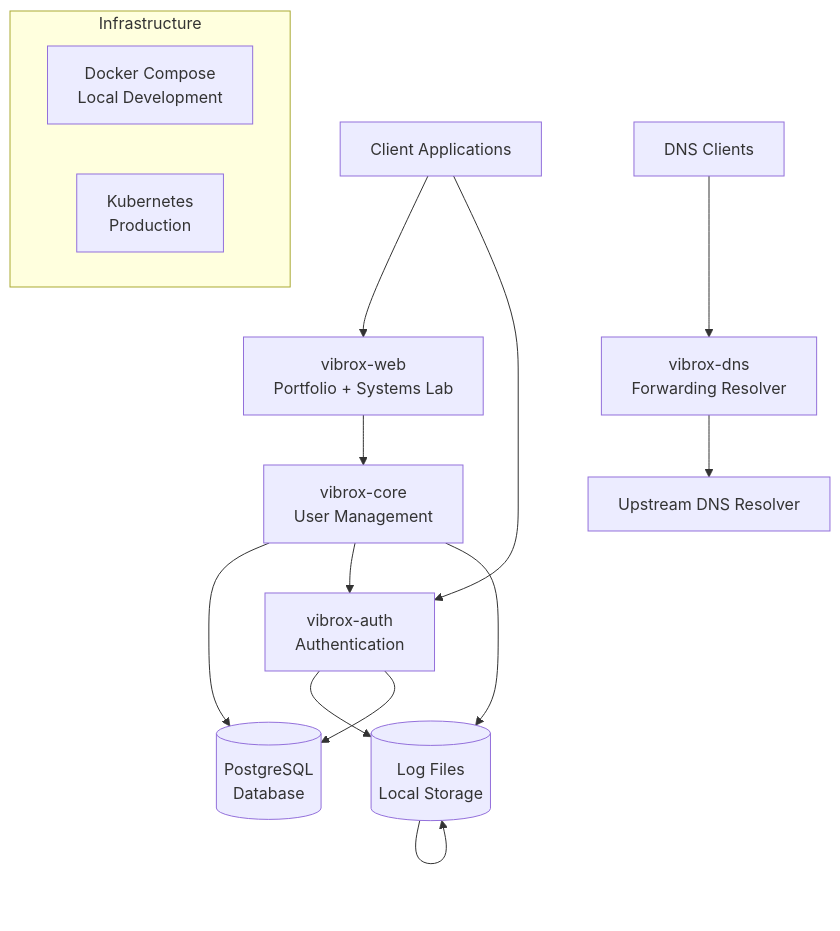
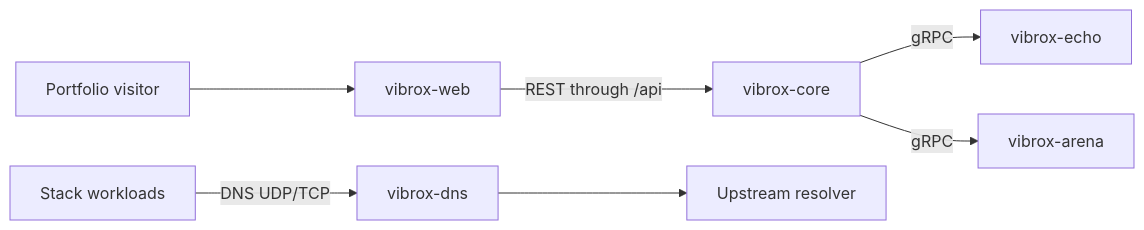
Before and after one commit to VibuRoshin25/vibrox-stack: the diagram in docs/architecture/overview.md, drawn with Mermaid. The commit also changed other lines of this file and 14 other files, not shown here.

First line of the commit message:
refactor: :recycle: Remove PostgreSQL and Authentication Services, Introduce Arena Service

````diff
--- a/docs/architecture/overview.md
+++ b/docs/architecture/overview.md
@@ -9,23 +11,9 @@
 ```mermaid
-graph TB
-    Client[Client Applications] --> Web[vibrox-web<br/>Portfolio + Systems Lab]
-    Web --> App[vibrox-core<br/>User Management]
-    Client --> Auth[vibrox-auth<br/>Authentication]
-
-    App --> DB[(PostgreSQL<br/>Database)]
-    App --> Auth
-    App --> Logger[vibrox-echo<br/>Logging Service]
-
-    DNSClient[DNS Clients] --> DNS[vibrox-dns<br/>Forwarding Resolver]
-    DNS --> Upstream[Upstream DNS Resolver]
-
-    Auth --> Logger
-    Auth --> DB
-
-    Logger --> Logger[(Log Files<br/>Local Storage)]
-
-    subgraph "Infrastructure"
-        Docker[Docker Compose<br/>Local Development]
-        K8s[Kubernetes<br/>Production]
-    end
+graph LR
+    Visitor[Portfolio visitor] --> Web[vibrox-web]
+    Web -->|REST through /api| Core[vibrox-core]
+    Core -->|gRPC| Echo[vibrox-echo]
+    Workloads[Stack workloads] -->|DNS UDP/TCP| DNS[vibrox-dns]
+    DNS --> Upstream[Upstream resolver]
+    Core -->|gRPC| Arena[vibrox-arena]
 ```
````
